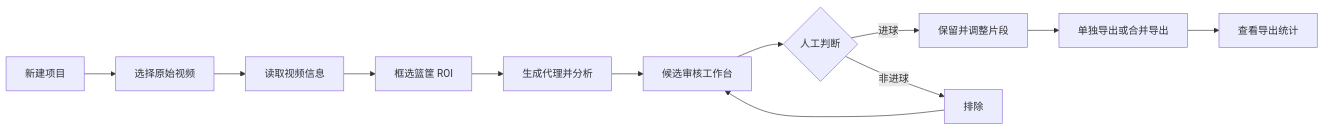
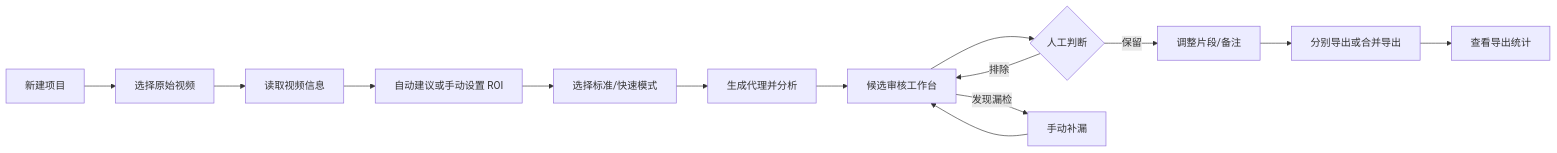
Before and after one commit to fly7632785/basketball-highlight-editor: the diagram in docs/USER_FLOW_V1.md, drawn with Mermaid. The commit also changed other lines of this file and 40 other files, not shown here.

````diff
--- a/docs/USER_FLOW_V1.md
+++ b/docs/USER_FLOW_V1.md
@@ -5,14 +5,16 @@
 ```mermaid
 flowchart LR
     A[新建项目] --> B[选择原始视频]
     B --> C[读取视频信息]
-    C --> D[框选篮筐 ROI]
-    D --> E[生成代理并分析]
-    E --> F[候选审核工作台]
-    F --> G{人工判断}
-    G -->|进球| H[保留并调整片段]
-    G -->|非进球| I[排除]
-    H --> J[单独导出或合并导出]
-    I --> F
+    C --> D[自动建议或手动设置 ROI]
+    D --> E[选择标准/快速模式]
+    E --> F[生成代理并分析]
+    F --> G[候选审核工作台]
+    G --> H{人工判断}
+    H -->|保留| I[调整片段/备注]
+    H -->|排除| G
+    I --> J[分别导出或合并导出]
     J --> K[查看导出统计]
+    G -->|发现漏检| L[手动补漏]
+    L --> G
 ```
````
